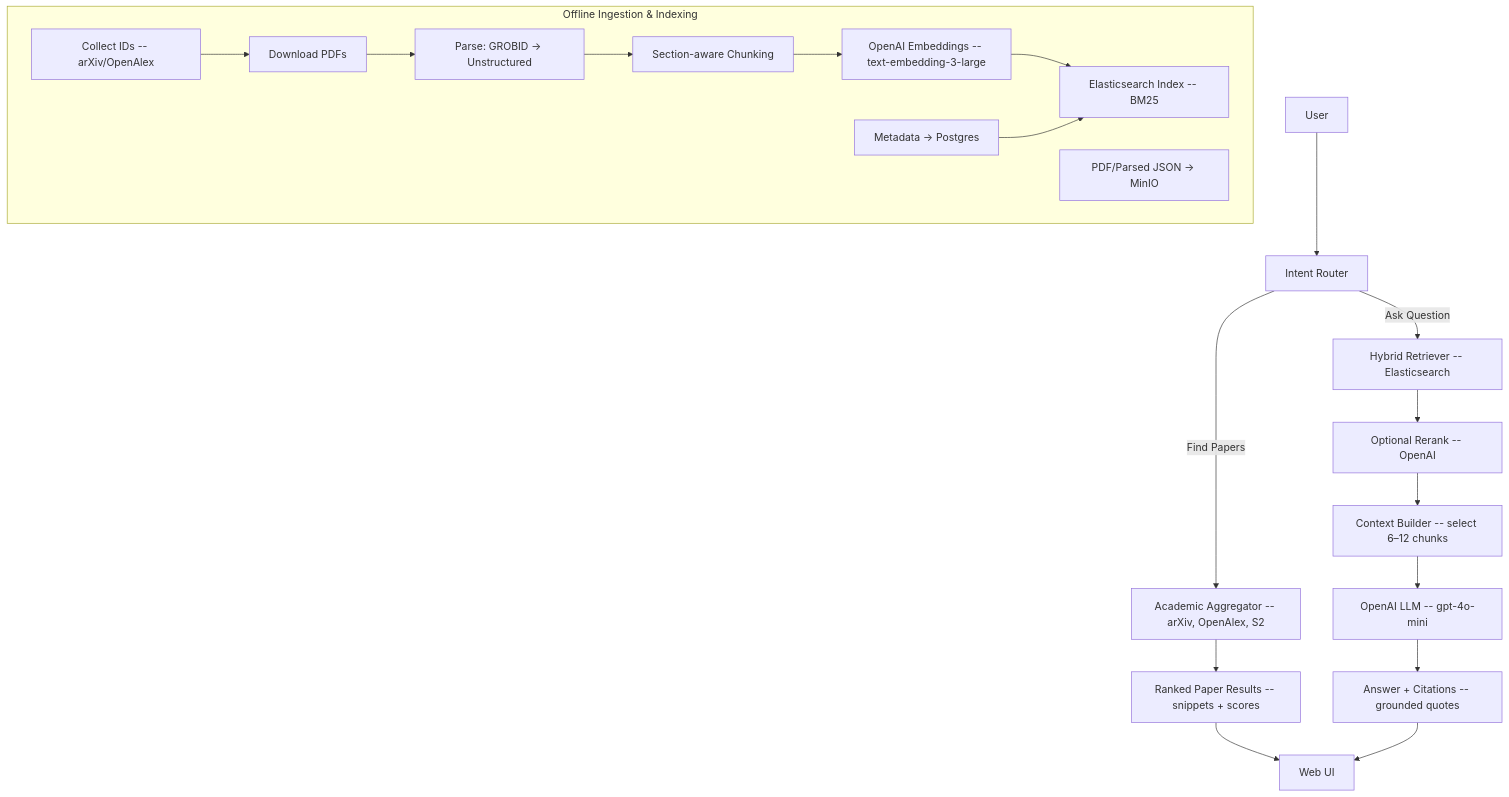
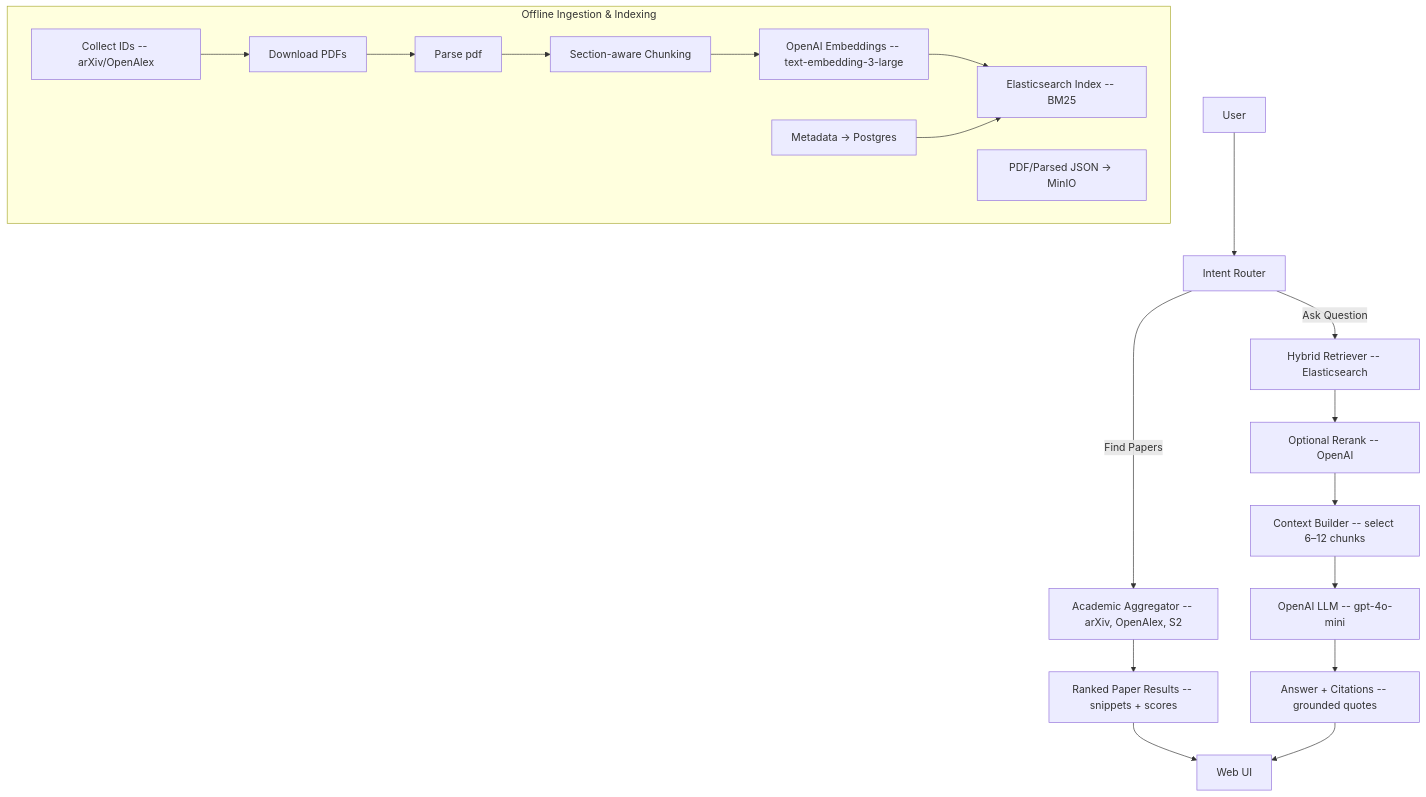
The diagram in docs/workflow/README.md (DatTruonggg/paper-search-engine), drawn with Mermaid before and after one commit.

````diff
--- a/docs/workflow/README.md
+++ b/docs/workflow/README.md
@@ -5,25 +5,25 @@
 ```mermaid
 flowchart TD
   U[User] --> R[Intent Router]
   R -->|Find Papers| AGG[Academic Aggregator -- arXiv, OpenAlex, S2]
   AGG --> SR[Ranked Paper Results -- snippets + scores]
 
   R -->|Ask Question| RET[Hybrid Retriever -- Elasticsearch]
   RET --> RR[Optional Rerank -- OpenAI]
   RR --> CT[Context Builder -- select 6–12 chunks]
   CT --> GEN[OpenAI LLM -- gpt-4o-mini]
   GEN --> ANS[Answer + Citations -- grounded quotes]
 
   SR --> UI[Web UI]
   ANS --> UI
 
   subgraph Offline Ingestion & Indexing
     Q[Collect IDs -- arXiv/OpenAlex] --> DL[Download PDFs]
-    DL --> PRS[Parse: GROBID → Unstructured]
+    DL --> PRS[Parse pdf]
     PRS --> CH[Section-aware Chunking]
     CH --> EMB[OpenAI Embeddings -- text-embedding-3-large]
     EMB --> ES[Elasticsearch Index -- BM25]
     META[Metadata → Postgres] --> ES
     PDF[PDF/Parsed JSON → MinIO]
   end
 ```
````
